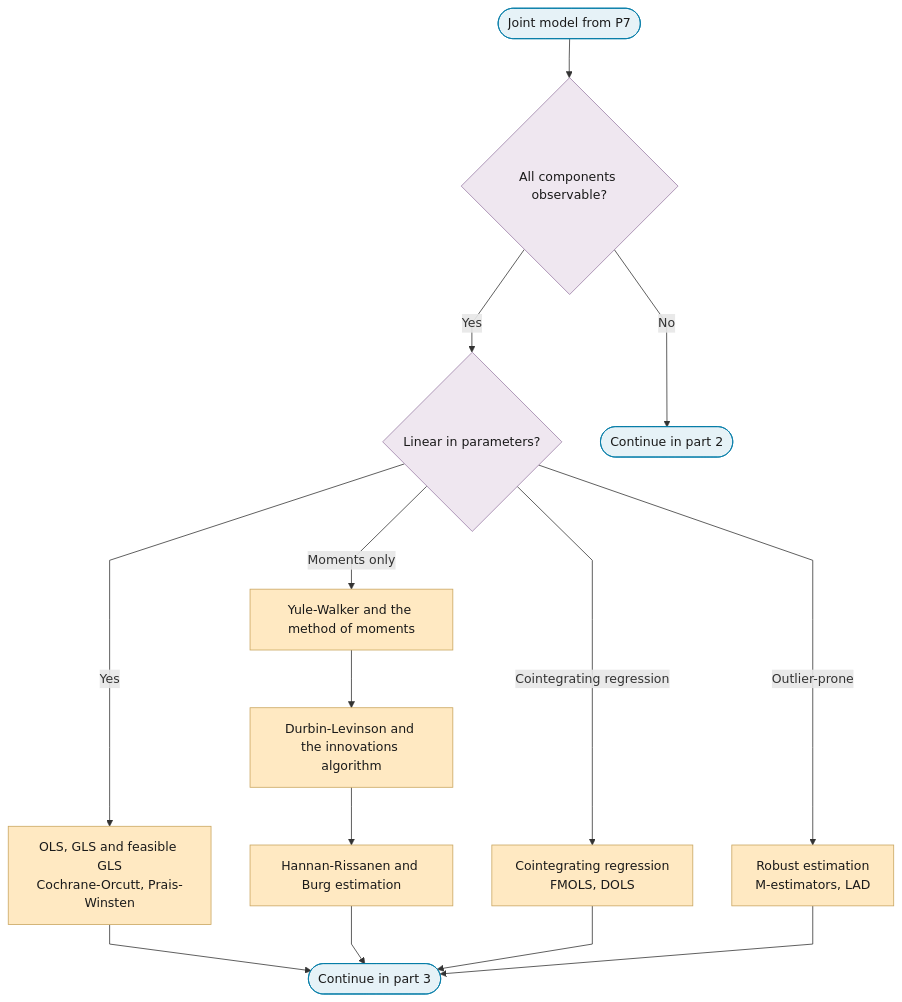
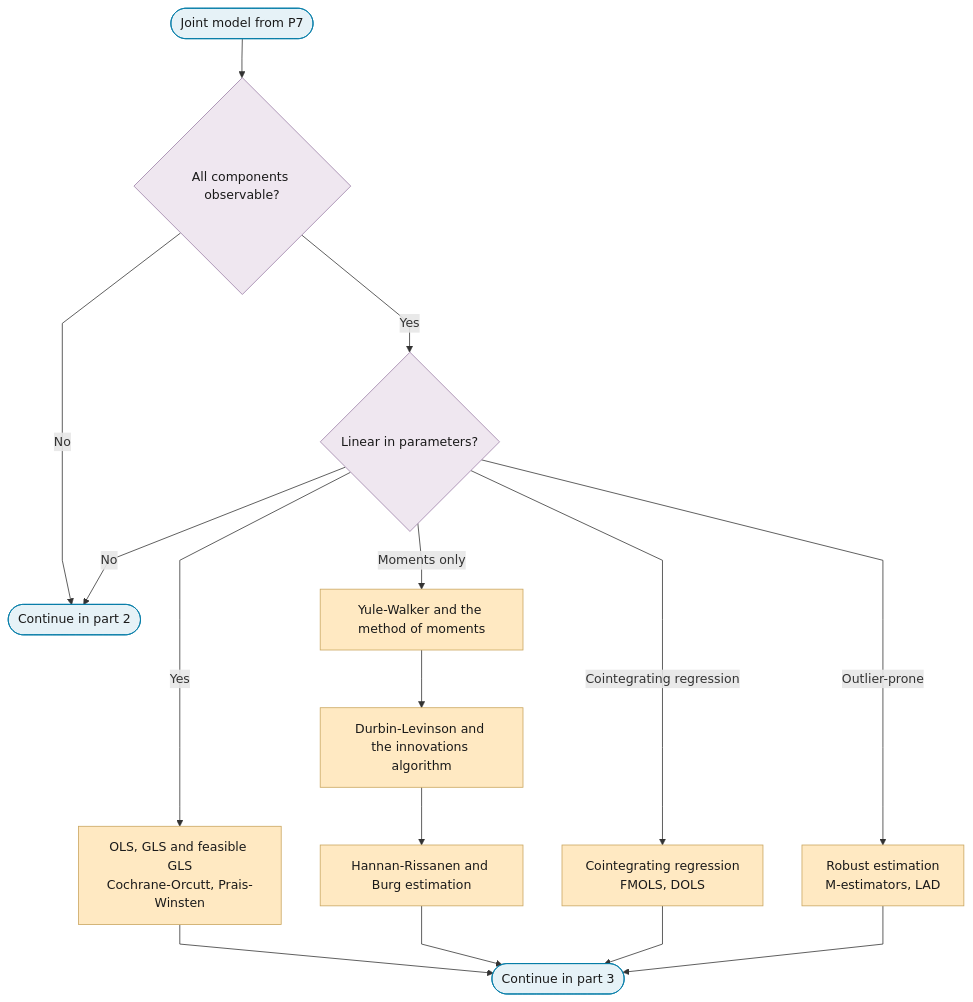
Before and after one commit to Shuxin-Y/time-series-analysis-manual: the first of 3 diagrams in docs/01-workflow/p08-estimation.md, drawn with Mermaid. The commit also changed 9 other files, not shown here.

First line of the commit message:
fix(flowchart): decision logic is total and flags are a real contract

````diff
--- a/docs/01-workflow/p08-estimation.md
+++ b/docs/01-workflow/p08-estimation.md
@@ -11,25 +11,26 @@
 ```mermaid
 %%{init: {"flowchart": {"curve": "linear"}}}%%
 graph TD
     P8_IN(["Joint model from P7"]) --> P8_OBSERVABLE{"All components observable?"}
     P8_OBSERVABLE -->|"Yes"| P8_LINEAR{"Linear in parameters?"}
     P8_OBSERVABLE -->|"No"| P8_TO_PART_2(["Continue in part 2"])
     P8_LINEAR -->|"Yes"| P8_OLS_GLS["OLS, GLS and feasible GLS<br/>Cochrane-Orcutt, Prais-Winsten"]
     P8_LINEAR -->|"Moments only"| P8_YULE_WALKER["Yule-Walker and the method of moments"]
     P8_LINEAR -->|"Cointegrating regression"| P8_FMOLS_DOLS["Cointegrating regression<br/>FMOLS, DOLS"]
     P8_LINEAR -->|"Outlier-prone"| P8_ROBUST["Robust estimation<br/>M-estimators, LAD"]
+    P8_LINEAR -->|"No"| P8_TO_PART_2
     P8_YULE_WALKER --> P8_DURBIN_LEVINSON["Durbin-Levinson and the innovations algorithm"]
     P8_DURBIN_LEVINSON --> P8_HANNAN_RISSANEN["Hannan-Rissanen and Burg estimation"]
     P8_OLS_GLS & P8_HANNAN_RISSANEN & P8_FMOLS_DOLS & P8_ROBUST --> P8_LINEAR_TO_PART_3(["Continue in part 3"])
     class P8_IN,P8_TO_PART_2,P8_LINEAR_TO_PART_3 terminator
     class P8_OBSERVABLE,P8_LINEAR decision
     class P8_OLS_GLS,P8_YULE_WALKER,P8_DURBIN_LEVINSON,P8_HANNAN_RISSANEN,P8_FMOLS_DOLS,P8_ROBUST escalate
     classDef terminator fill:#E6F2F7,stroke:#007BA7,color:#1A1A1A;
     classDef process fill:#FFFFFF,stroke:#5A6B73,color:#1A1A1A;
     classDef decision fill:#EFE7F0,stroke:#9B7FA7,color:#1A1A1A;
     classDef data fill:#FFF4E0,stroke:#C9A55E,color:#1A1A1A;
     classDef good fill:#DCEFD8,stroke:#4A7A3F,color:#1A1A1A;
     classDef escalate fill:#FFE9C2,stroke:#C9A55E,color:#1A1A1A;
     classDef problem fill:#F2D9DE,stroke:#800020,color:#1A1A1A;
     classDef ref fill:#F7F7F7,stroke:#5A6B73,color:#1A1A1A,stroke-dasharray:4 3;
 ```
````
